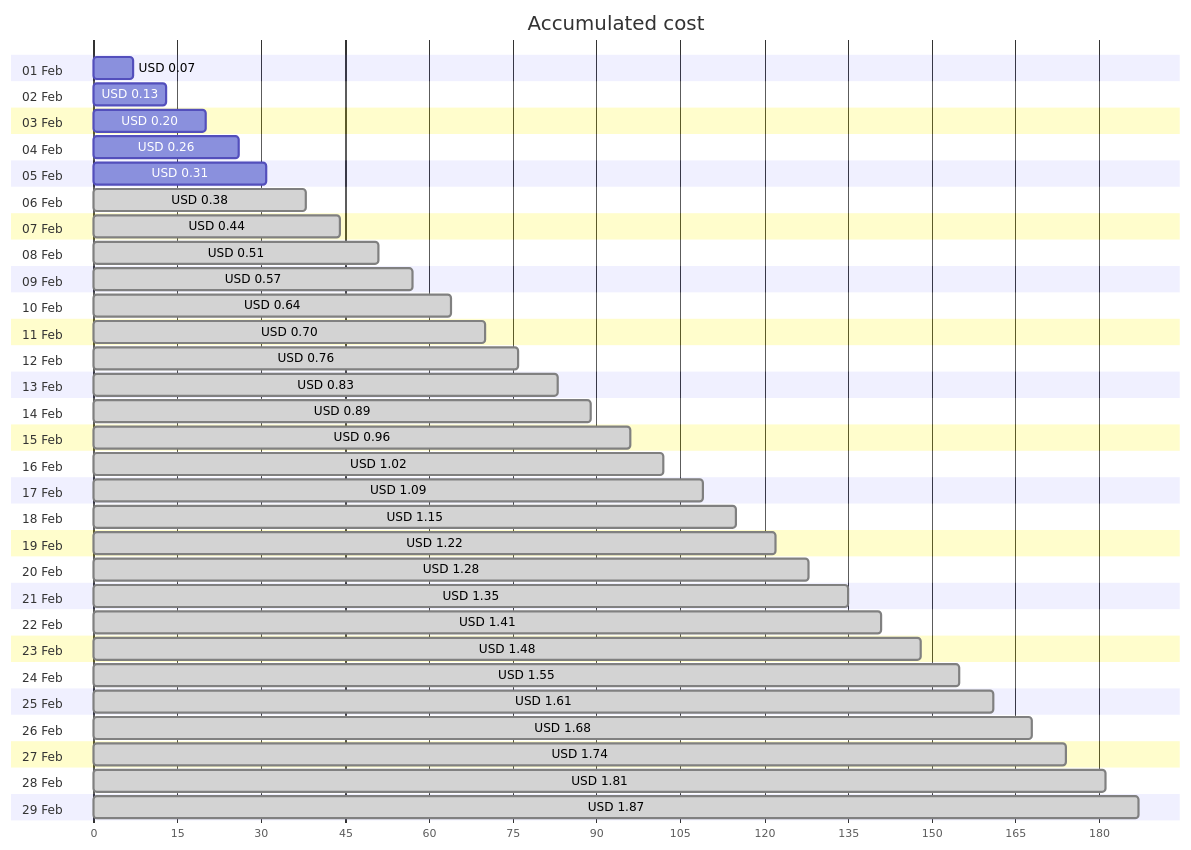
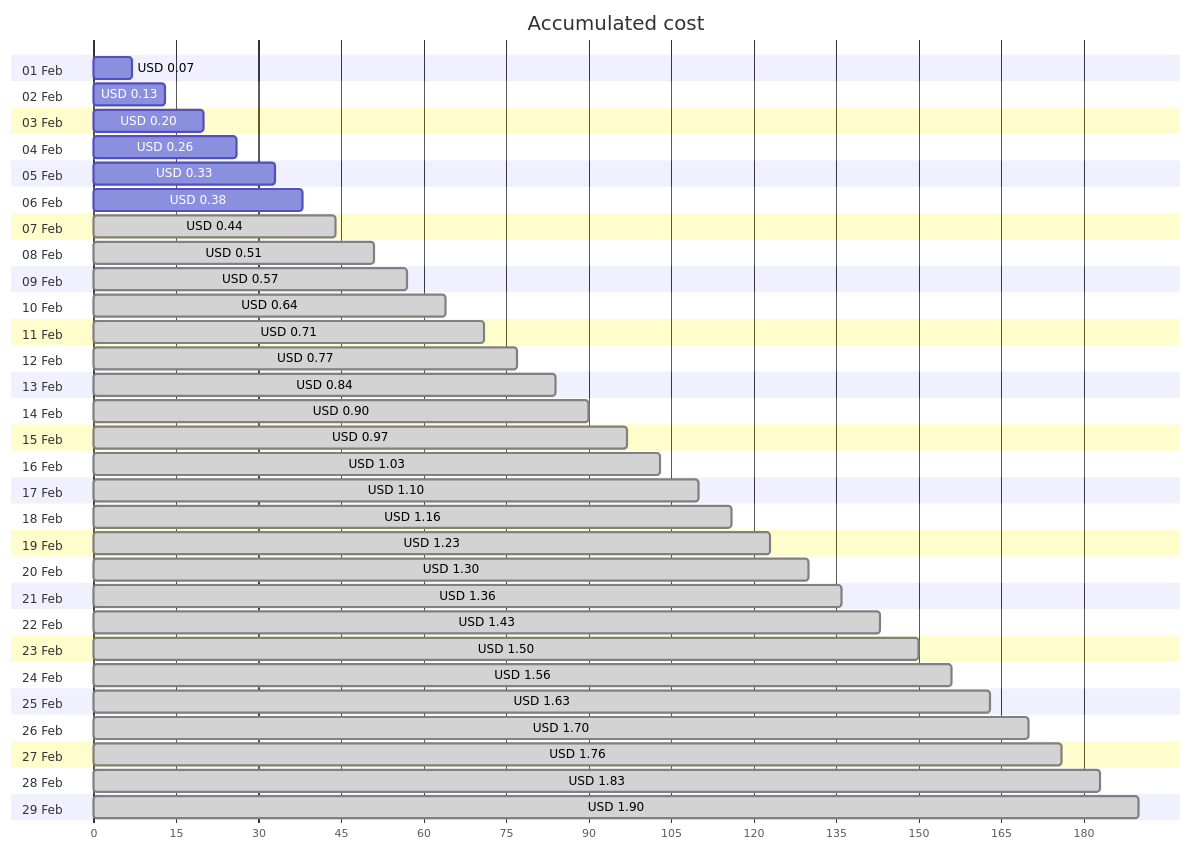
Before and after one commit to jpfulton/azure-personal-reports: the first of 4 diagrams in cost-reports/personal-network/vpn-server_OsDisk.md, drawn with Mermaid. The commit also changed other lines of this file and 8 other files, not shown here.

````diff
--- a/cost-reports/personal-network/vpn-server_OsDisk.md
+++ b/cost-reports/personal-network/vpn-server_OsDisk.md
@@ -20,64 +20,64 @@
 ```mermaid
 gantt
    title Accumulated cost
    dateFormat  X
    axisFormat %s
    section 01 Feb
    USD 0.07 :0, 7
    section 02 Feb
    USD 0.13 :0, 13
    section 03 Feb
    USD 0.20 :0, 20
    section 04 Feb
    USD 0.26 :0, 26
    section 05 Feb
-   USD 0.31 :0, 31
+   USD 0.33 :0, 33
    section 06 Feb
-   USD 0.38 : done, 0, 38
+   USD 0.38 :0, 38
    section 07 Feb
    USD 0.44 : done, 0, 44
    section 08 Feb
    USD 0.51 : done, 0, 51
    section 09 Feb
    USD 0.57 : done, 0, 57
    section 10 Feb
    USD 0.64 : done, 0, 64
    section 11 Feb
-   USD 0.70 : done, 0, 70
+   USD 0.71 : done, 0, 71
    section 12 Feb
-   USD 0.76 : done, 0, 76
+   USD 0.77 : done, 0, 77
    section 13 Feb
-   USD 0.83 : done, 0, 83
+   USD 0.84 : done, 0, 84
    section 14 Feb
-   USD 0.89 : done, 0, 89
+   USD 0.90 : done, 0, 90
    section 15 Feb
-   USD 0.96 : done, 0, 96
+   USD 0.97 : done, 0, 97
    section 16 Feb
-   USD 1.02 : done, 0, 102
+   USD 1.03 : done, 0, 103
    section 17 Feb
-   USD 1.09 : done, 0, 109
+   USD 1.10 : done, 0, 110
    section 18 Feb
-   USD 1.15 : done, 0, 115
+   USD 1.16 : done, 0, 116
    section 19 Feb
-   USD 1.22 : done, 0, 122
+   USD 1.23 : done, 0, 123
    section 20 Feb
-   USD 1.28 : done, 0, 128
+   USD 1.30 : done, 0, 130
    section 21 Feb
-   USD 1.35 : done, 0, 135
+   USD 1.36 : done, 0, 136
    section 22 Feb
-   USD 1.41 : done, 0, 141
+   USD 1.43 : done, 0, 143
    section 23 Feb
-   USD 1.48 : done, 0, 148
+   USD 1.50 : done, 0, 150
    section 24 Feb
-   USD 1.55 : done, 0, 155
+   USD 1.56 : done, 0, 156
    section 25 Feb
-   USD 1.61 : done, 0, 161
+   USD 1.63 : done, 0, 163
    section 26 Feb
-   USD 1.68 : done, 0, 168
+   USD 1.70 : done, 0, 170
    section 27 Feb
-   USD 1.74 : done, 0, 174
+   USD 1.76 : done, 0, 176
    section 28 Feb
-   USD 1.81 : done, 0, 181
+   USD 1.83 : done, 0, 183
    section 29 Feb
-   USD 1.87 : done, 0, 187
+   USD 1.90 : done, 0, 190
 ```
````
